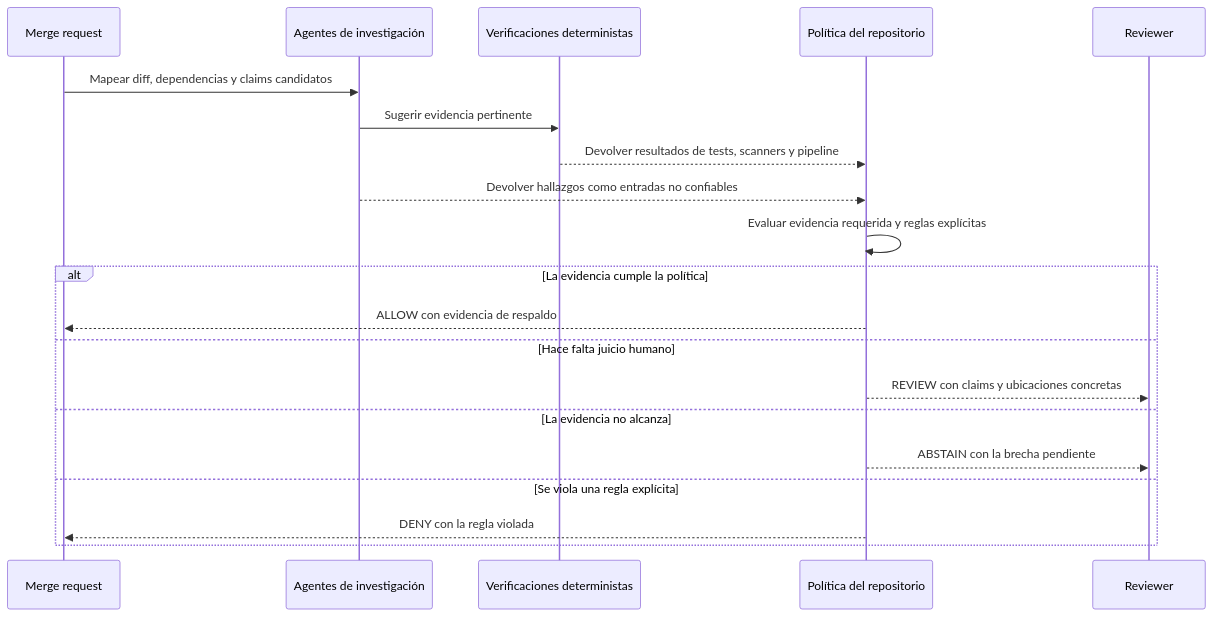
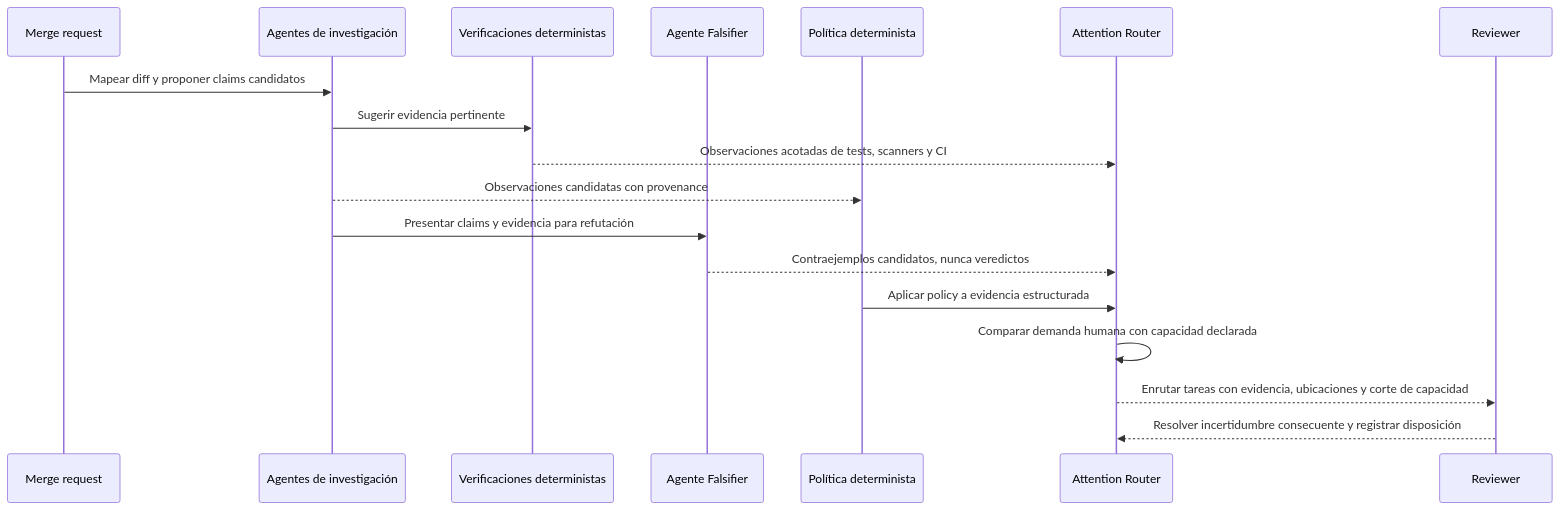
The third of 5 diagrams in README.es.md (annatchijova/to-build-a-fire), drawn with Mermaid before and after one commit. The commit also changed other lines of this file and 13 other files, not shown here.

Commit message:
Build Level 1 attention router core

````diff
--- a/README.es.md
+++ b/README.es.md
@@ -77,22 +102,20 @@
 ```mermaid
 sequenceDiagram
     participant MR as Merge request
     participant Agents as Agentes de investigación
     participant Checks as Verificaciones deterministas
-    participant Policy as Política del repositorio
+    participant Falsifier as Agente Falsifier
+    participant Policy as Política determinista
+    participant Router as Attention Router
     participant Human as Reviewer
-    MR->>Agents: Mapear diff, dependencias y claims candidatos
+    MR->>Agents: Mapear diff y proponer claims candidatos
     Agents->>Checks: Sugerir evidencia pertinente
-    Checks-->>Policy: Devolver resultados de tests, scanners y pipeline
-    Agents-->>Policy: Devolver hallazgos como entradas no confiables
-    Policy->>Policy: Evaluar evidencia requerida y reglas explícitas
-    alt La evidencia cumple la política
-        Policy-->>MR: ALLOW con evidencia de respaldo
-    else Hace falta juicio humano
-        Policy-->>Human: REVIEW con claims y ubicaciones concretas
-    else La evidencia no alcanza
-        Policy-->>Human: ABSTAIN con la brecha pendiente
-    else Se viola una regla explícita
-        Policy-->>MR: DENY con la regla violada
-    end
+    Checks-->>Router: Observaciones acotadas de tests, scanners y CI
+    Agents-->>Policy: Observaciones candidatas con provenance
+    Agents->>Falsifier: Presentar claims y evidencia para refutación
+    Falsifier-->>Router: Contraejemplos candidatos, nunca veredictos
+    Policy->>Router: Aplicar policy a evidencia estructurada
+    Router->>Router: Comparar demanda humana con capacidad declarada
+    Router-->>Human: Enrutar tareas con evidencia, ubicaciones y corte de capacidad
+    Human-->>Router: Resolver incertidumbre consecuente y registrar disposición
 ```
````
